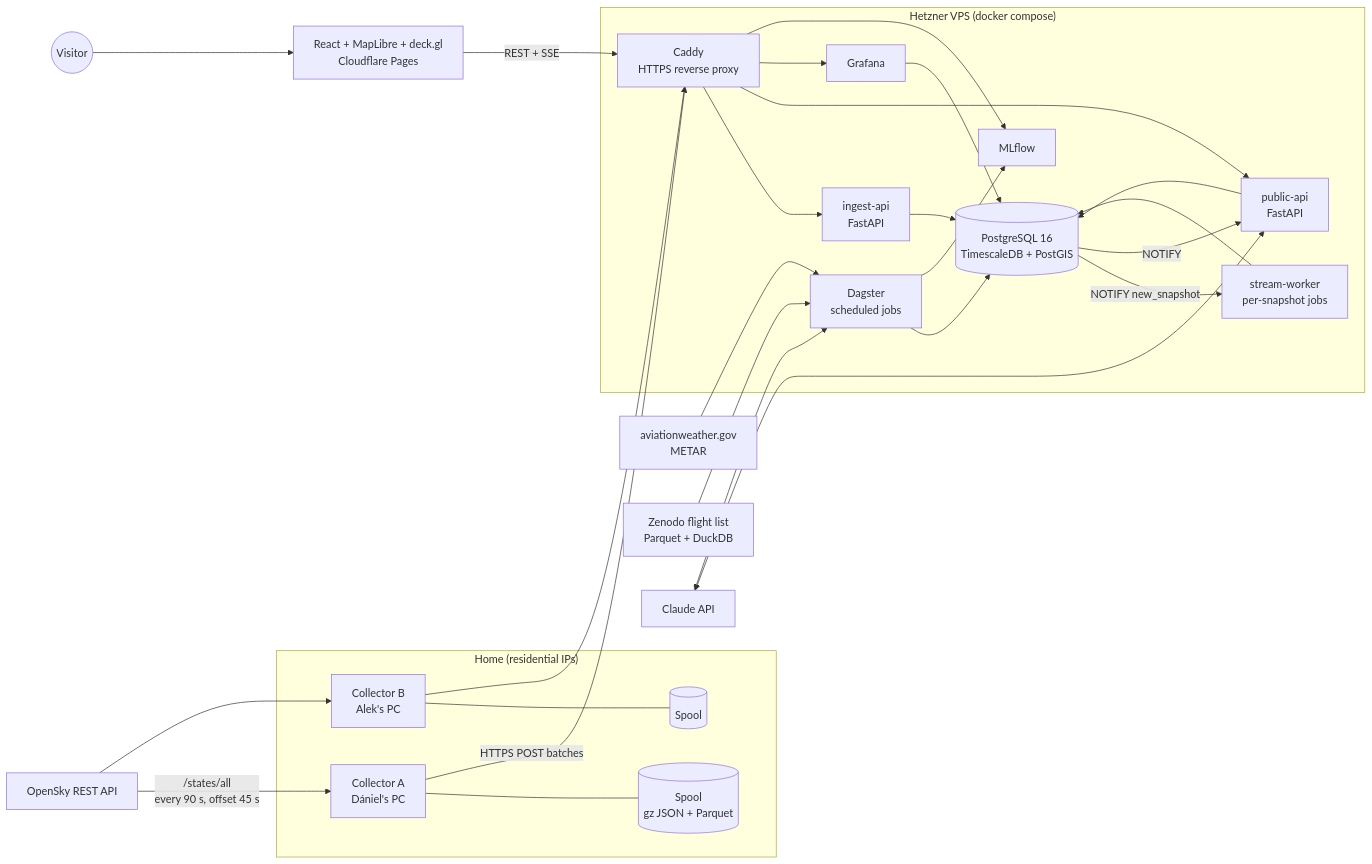
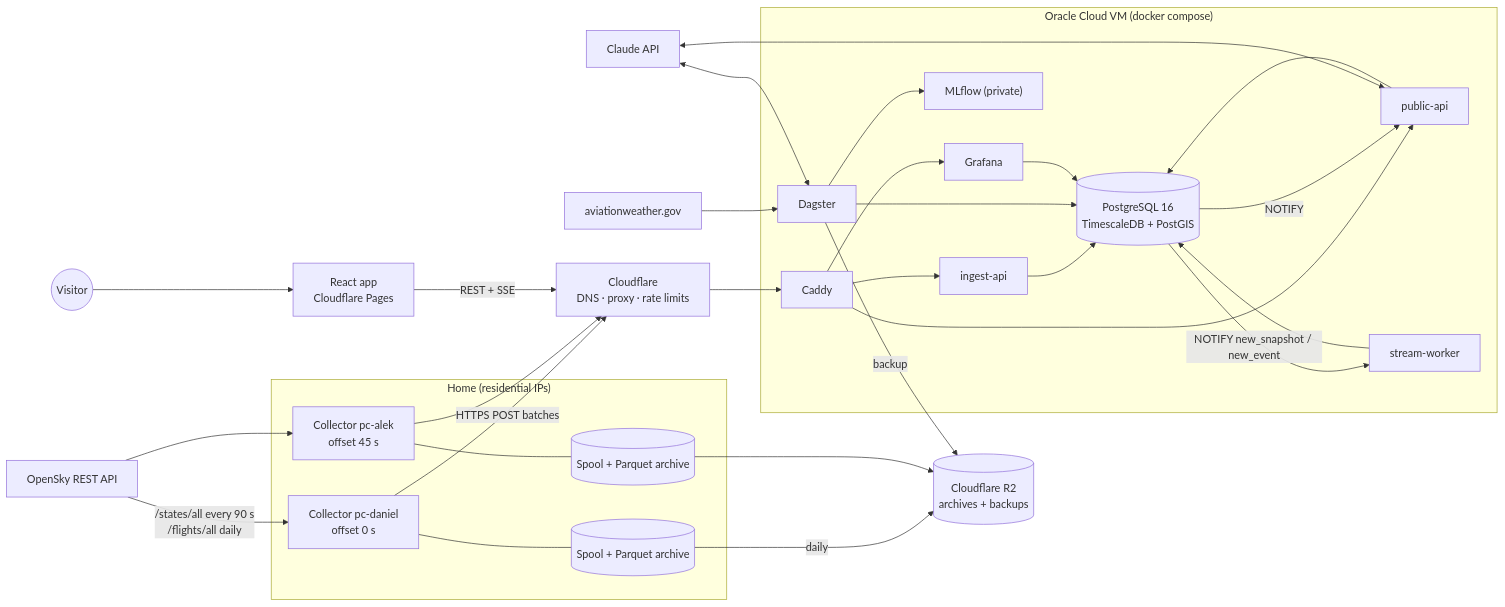
One commit to AlekkDev/airspace-live-tracker changed the diagram in docs/01-architecture.md. Above: the diagram before and after it, drawn with Mermaid. The commit also changed other lines of this file and 16 other files, not shown here.

````diff
--- a/docs/01-architecture.md
+++ b/docs/01-architecture.md
@@ -5,47 +5,51 @@
 ```mermaid
 flowchart LR
   subgraph Home["Home (residential IPs)"]
-    C1["Collector A<br/>Dániel's PC"]
-    C2["Collector B<br/>Alek's PC"]
-    S1[("Spool<br/>gz JSON + Parquet")]
-    S2[("Spool")]
+    C1["Collector pc-daniel<br/>offset 0 s"]
+    C2["Collector pc-alek<br/>offset 45 s"]
+    S1[("Spool + Parquet archive")]
+    S2[("Spool + Parquet archive")]
     C1 --- S1
     C2 --- S2
   end
 
-  OS["OpenSky REST API"] -->|"/states/all<br/>every 90 s, offset 45 s"| C1
+  OS["OpenSky REST API"] -->|"/states/all every 90 s<br/>/flights/all daily"| C1
   OS --> C2
 
-  subgraph VPS["Hetzner VPS (docker compose)"]
-    CADDY["Caddy<br/>HTTPS reverse proxy"]
-    ING["ingest-api<br/>FastAPI"]
-    API["public-api<br/>FastAPI"]
+  CF["Cloudflare<br/>DNS · proxy · rate limits"]
+  C1 -->|"HTTPS POST batches"| CF
+  C2 --> CF
+
+  subgraph VM["Oracle Cloud VM (docker compose)"]
+    CADDY["Caddy"]
+    ING["ingest-api"]
+    API["public-api"]
     DB[("PostgreSQL 16<br/>TimescaleDB + PostGIS")]
-    ORCH["Dagster<br/>scheduled jobs"]
-    STREAM["stream-worker<br/>per-snapshot jobs"]
-    MLF["MLflow"]
+    ORCH["Dagster"]
+    STREAM["stream-worker"]
+    MLF["MLflow (private)"]
     GRAF["Grafana"]
   end
 
-  C1 -->|"HTTPS POST batches"| CADDY
-  C2 --> CADDY
+  CF --> CADDY
   CADDY --> ING --> DB
-  DB -- "NOTIFY new_snapshot" --> STREAM
+  CADDY --> API
+  CADDY --> GRAF
+  DB -- "NOTIFY new_snapshot / new_event" --> STREAM
   DB -- "NOTIFY" --> API
   STREAM --> DB
   ORCH --> DB
   ORCH --> MLF
   API --> DB
-  CADDY --> API
-  CADDY --> GRAF
-  CADDY --> MLF
   GRAF --> DB
 
-  WX["aviationweather.gov<br/>METAR"] --> ORCH
-  ZEN["Zenodo flight list<br/>Parquet + DuckDB"] --> ORCH
+  WX["aviationweather.gov"] --> ORCH
   LLM["Claude API"] <--> API
   LLM <--> ORCH
+  S1 -->|"daily"| R2[("Cloudflare R2<br/>archives + backups")]
+  S2 --> R2
+  ORCH -->|"backup"| R2
 
-  WEB["React + MapLibre + deck.gl<br/>Cloudflare Pages"] -->|"REST + SSE"| CADDY
+  WEB["React app<br/>Cloudflare Pages"] -->|"REST + SSE"| CF
   USER(("Visitor")) --> WEB
 ```
````
